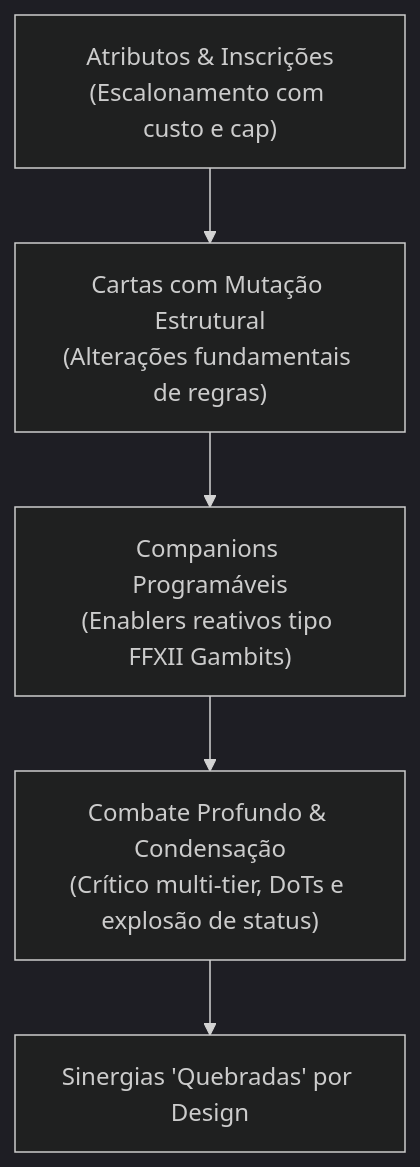
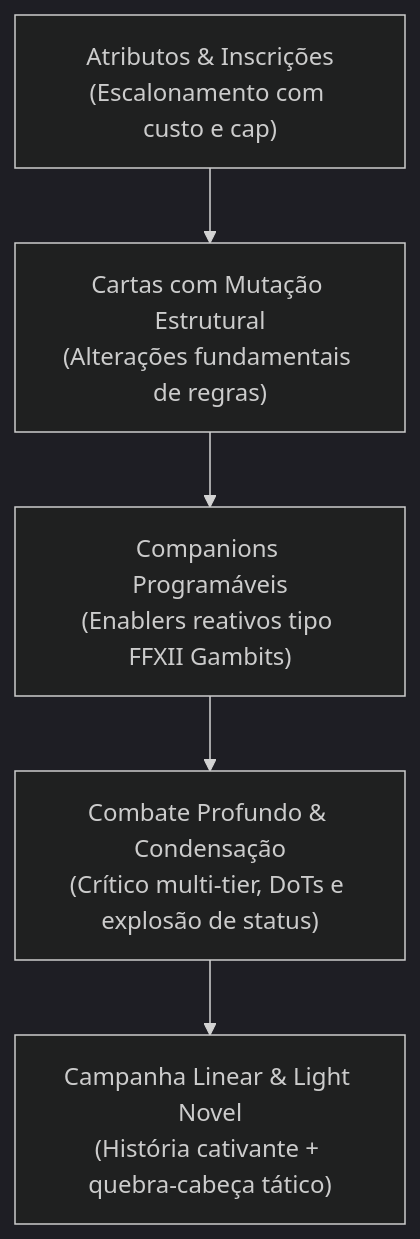
The first of 2 diagrams in docs/design/DIRECIONAMENTO_HEROSCRIPT.md (GuiMayer/HeroScript), drawn with Mermaid (dark theme) before and after one commit. The commit also changed other lines of this file, not shown here.

Commit message:
docs(design): update manifesto with Linear Campaign, Light Novel story format, and Tactical Puzzle retry loop

````diff
--- a/docs/design/DIRECIONAMENTO_HEROSCRIPT.md
+++ b/docs/design/DIRECIONAMENTO_HEROSCRIPT.md
@@ -21,7 +21,7 @@
 ```mermaid
 flowchart TD
     A["Atributos & Inscrições<br/>(Escalonamento com custo e cap)"] --> B["Cartas com Mutação Estrutural<br/>(Alterações fundamentais de regras)"]
     B --> C["Companions Programáveis<br/>(Enablers reativos tipo FFXII Gambits)"]
     C --> D["Combate Profundo & Condensação<br/>(Crítico multi-tier, DoTs e explosão de status)"]
-    D --> E["Sinergias 'Quebradas' por Design"]
+    D --> E["Campanha Linear & Light Novel<br/>(História cativante + quebra-cabeça tático)"]
 ```
````
